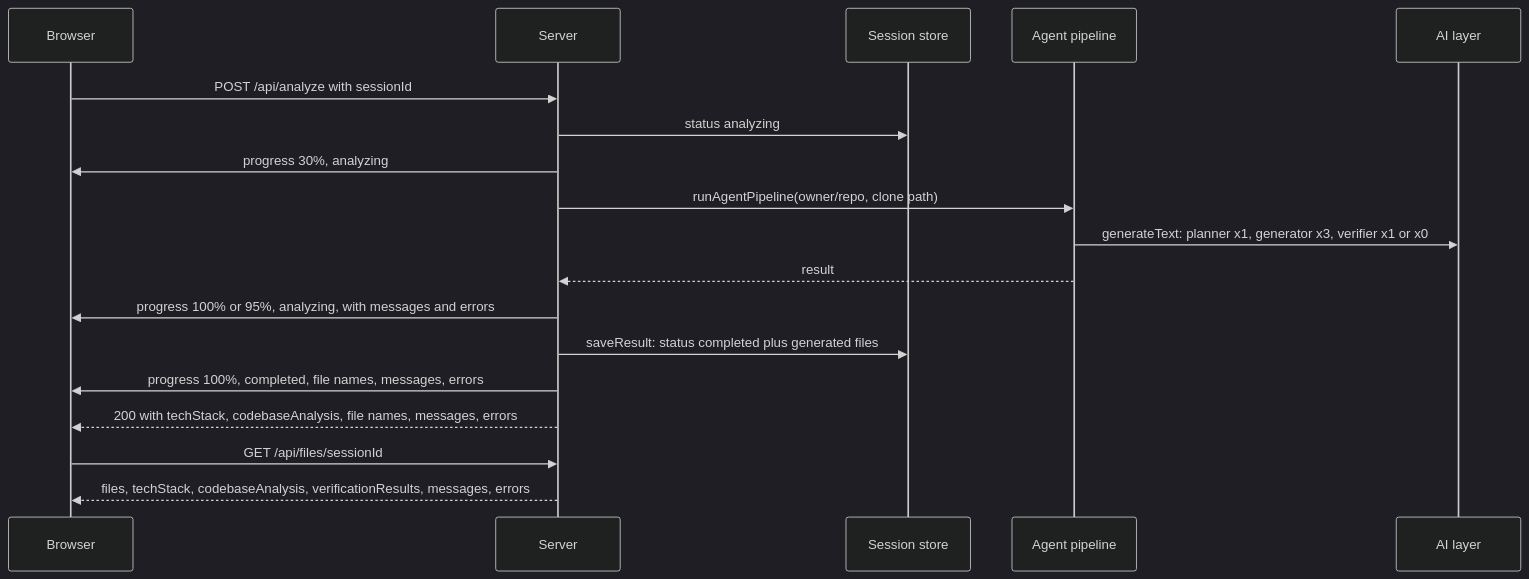
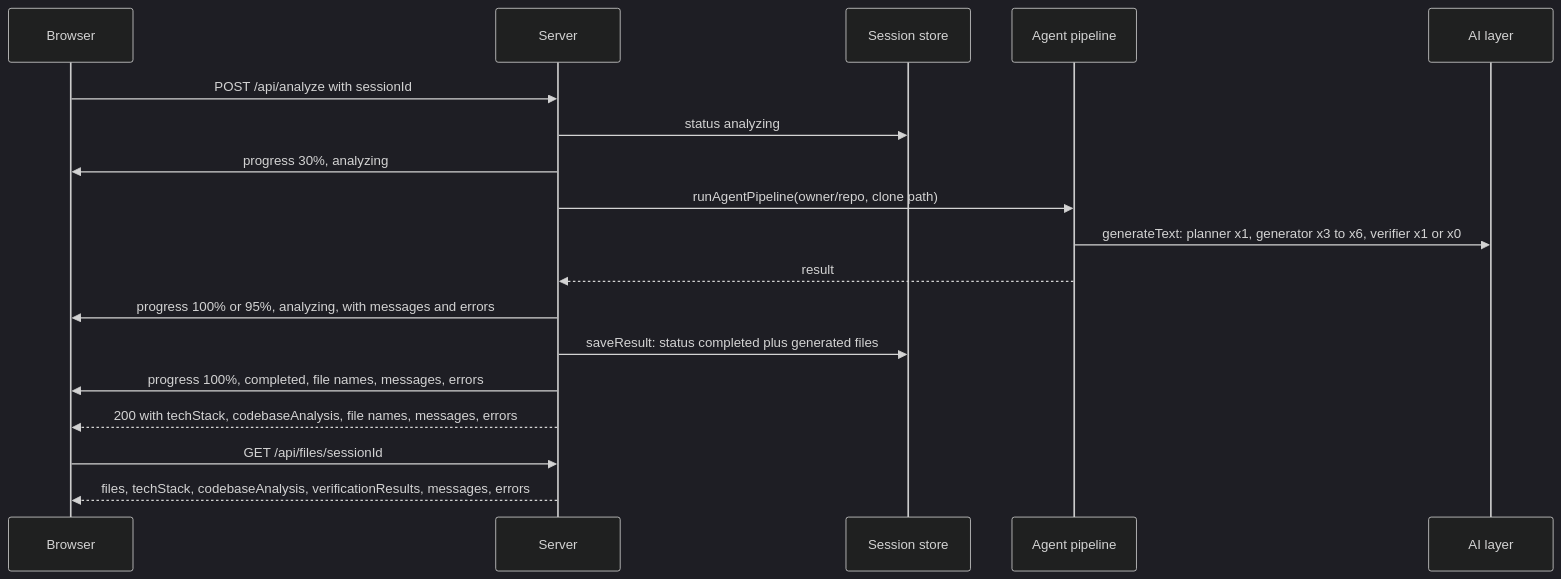
One commit to bipul724/InfraMind changed the fifth of 7 diagrams in ARCHITECTURE.md. Above: the diagram before and after it, drawn with Mermaid (dark theme). The commit also changed other lines of this file and 25 other files, not shown here.

````diff
--- a/ARCHITECTURE.md
+++ b/ARCHITECTURE.md
@@ -163,21 +163,21 @@
 ```mermaid
 sequenceDiagram
     participant B as Browser
     participant S as Server
     participant St as Session store
     participant P as Agent pipeline
     participant AI as AI layer
 
     B->>S: POST /api/analyze with sessionId
     S->>St: status analyzing
     S->>B: progress 30%, analyzing
     S->>P: runAgentPipeline(owner/repo, clone path)
-    P->>AI: generateText: planner x1, generator x3, verifier x1 or x0
+    P->>AI: generateText: planner x1, generator x3 to x6, verifier x1 or x0
     P-->>S: result
     S->>B: progress 100% or 95%, analyzing, with messages and errors
     S->>St: saveResult: status completed plus generated files
     S->>B: progress 100%, completed, file names, messages, errors
     S-->>B: 200 with techStack, codebaseAnalysis, file names, messages, errors
     B->>S: GET /api/files/sessionId
     S-->>B: files, techStack, codebaseAnalysis, verificationResults, messages, errors
 ```
````
